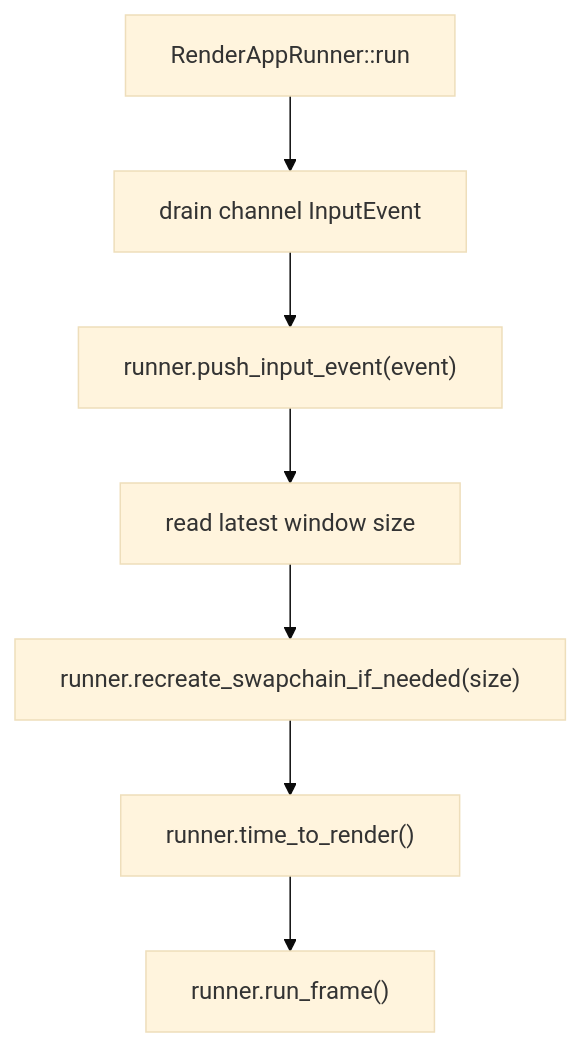
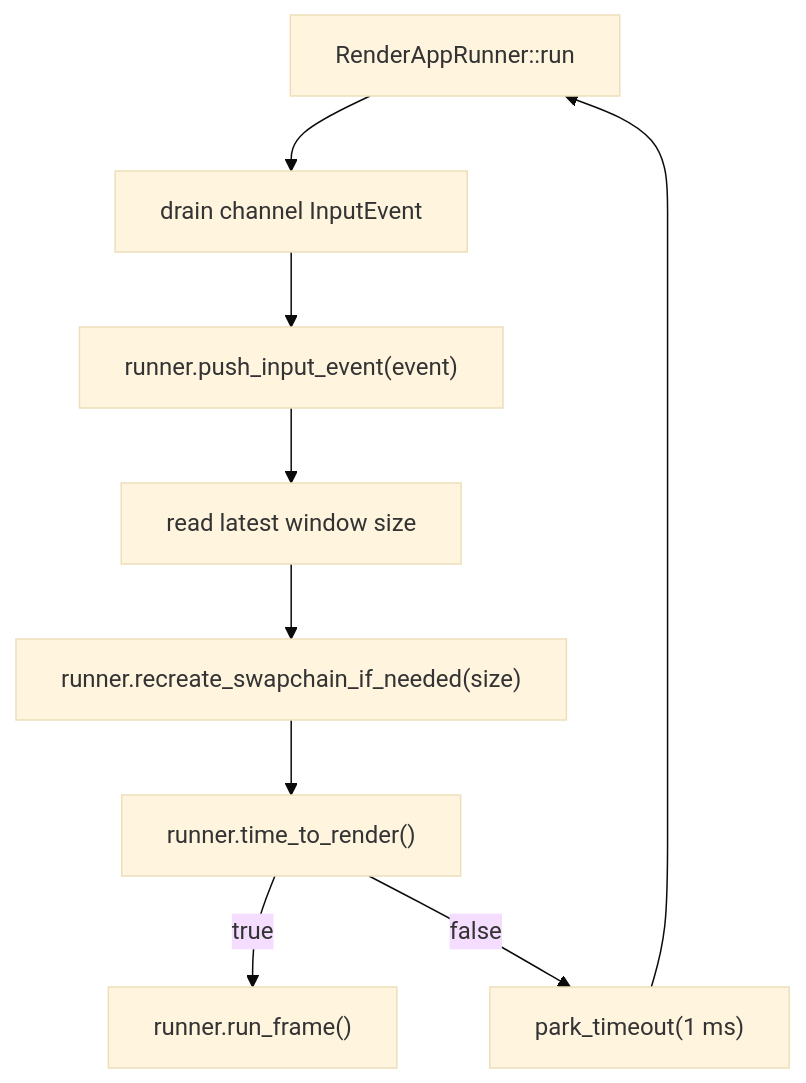
The third of 5 diagrams in docs/summaries/frame-lifecycle.md (acccoco/TruvisRenderer), drawn with Mermaid (base theme) before and after one commit. The commit also changed other lines of this file and 6 other files, not shown here.

````diff
--- a/docs/summaries/frame-lifecycle.md
+++ b/docs/summaries/frame-lifecycle.md
@@ -67,9 +67,11 @@
 ```mermaid
 flowchart TD
     RenderLoop["RenderAppRunner::run"] --> DrainInput["drain channel InputEvent"]
     DrainInput --> PushInput["runner.push_input_event(event)"]
     PushInput --> ReadSize["read latest window size"]
     ReadSize --> RecreateSwapchain["runner.recreate_swapchain_if_needed(size)"]
     RecreateSwapchain --> TimeToRender["runner.time_to_render()"]
-    TimeToRender --> RunFrame["runner.run_frame()"]
+    TimeToRender -->|"true"| RunFrame["runner.run_frame()"]
+    TimeToRender -->|"false"| ShortPoll["park_timeout(1 ms)"]
+    ShortPoll --> RenderLoop
 ```
````
